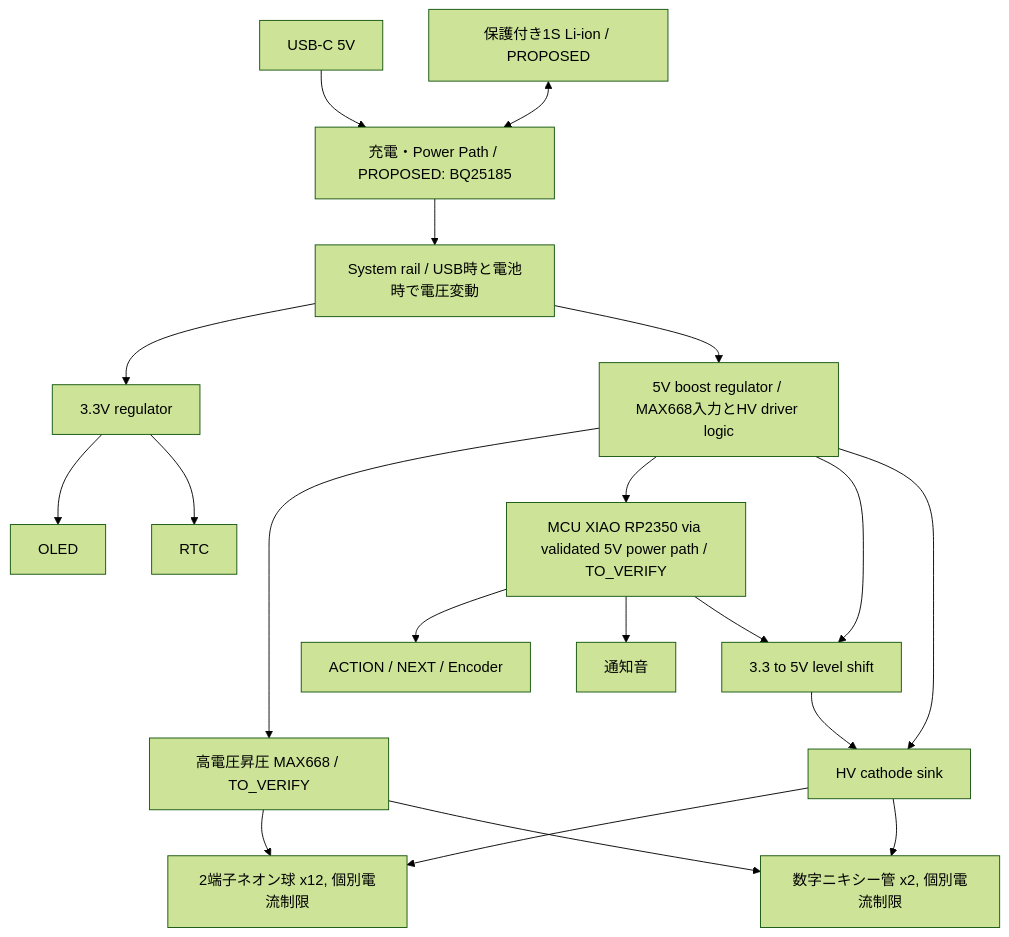
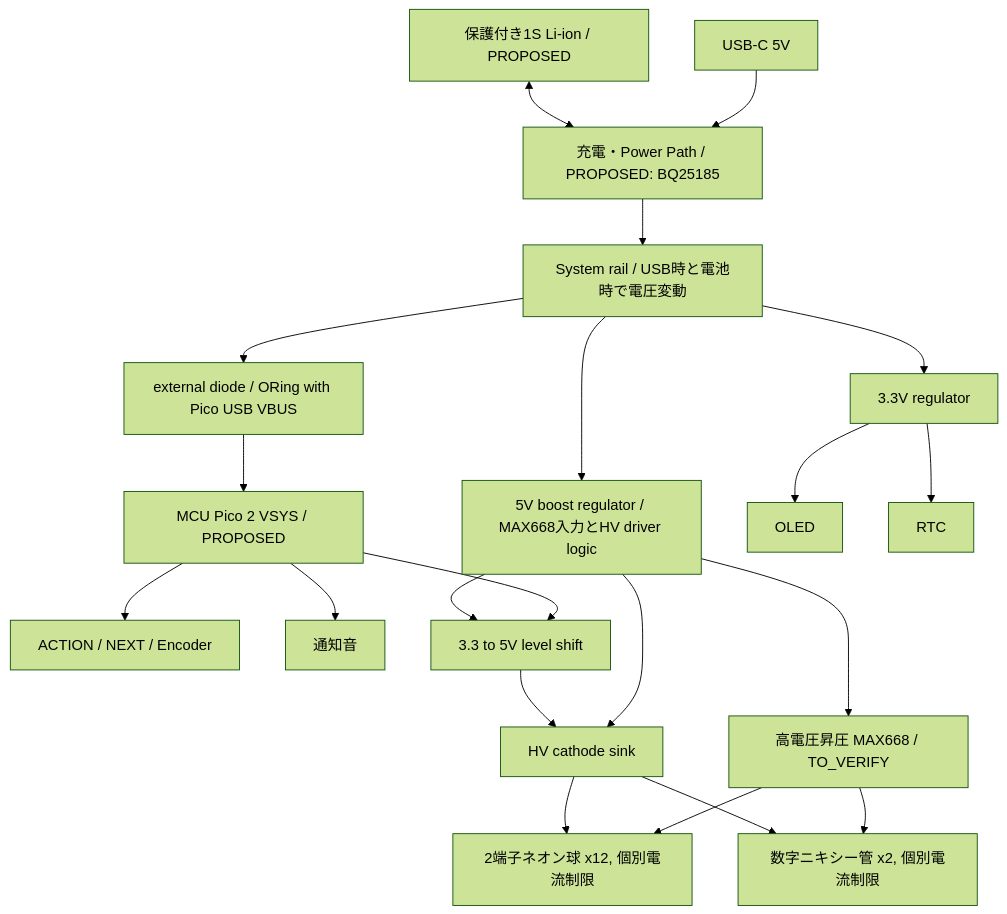
Before and after one commit to mitsu32m/PROJECT-NIXIDORO: the diagram in docs/architecture.md, drawn with Mermaid (forest theme). The commit also changed other lines of this file, not shown here.

Commit message:
docs: align power sequencing, pinmap and architecture with blanking and RTC backup decision

````diff
--- a/docs/architecture.md
+++ b/docs/architecture.md
@@ -5,22 +5,23 @@
 ```mermaid
 flowchart TB
     U[USB-C 5V] --> PP[充電・Power Path / PROPOSED: BQ25185]
     B[保護付き1S Li-ion / PROPOSED] <--> PP
     PP --> SYS[System rail / USB時と電池時で電圧変動]
     SYS --> LV[3.3V regulator]
     SYS --> V5[5V boost regulator / MAX668入力とHV driver logic]
     V5 --> HV[高電圧昇圧 MAX668 / TO_VERIFY]
-    V5 --> MCU[MCU XIAO RP2350 via validated 5V power path / TO_VERIFY]
+    SYS --> MUX[external diode / ORing with Pico USB VBUS]
+    MUX --> MCU[MCU Pico 2 VSYS / PROPOSED]
     LV --> OLED[OLED]
     LV --> RTC[RTC]
     MCU --> CTRL[ACTION / NEXT / Encoder]
     MCU --> AUD[通知音]
     MCU --> LEVEL[3.3 to 5V level shift]
     V5 --> LEVEL
     V5 --> DRIVER[HV cathode sink]
     LEVEL --> DRIVER
     HV --> LAMPS[2端子ネオン球 x12, 個別電流制限]
     HV --> DIGITS[数字ニキシー管 x2, 個別電流制限]
     DRIVER --> LAMPS
     DRIVER --> DIGITS
 ```
````
